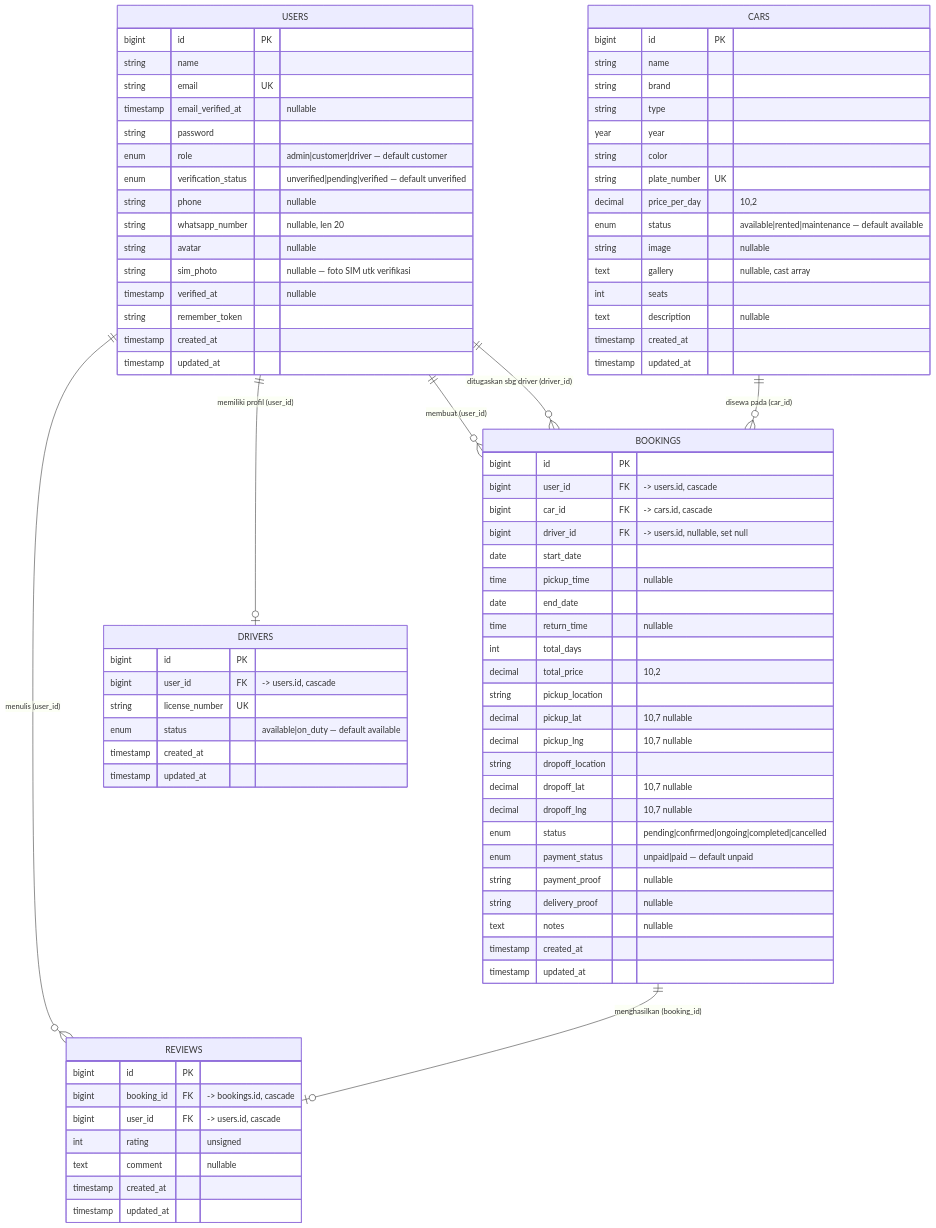
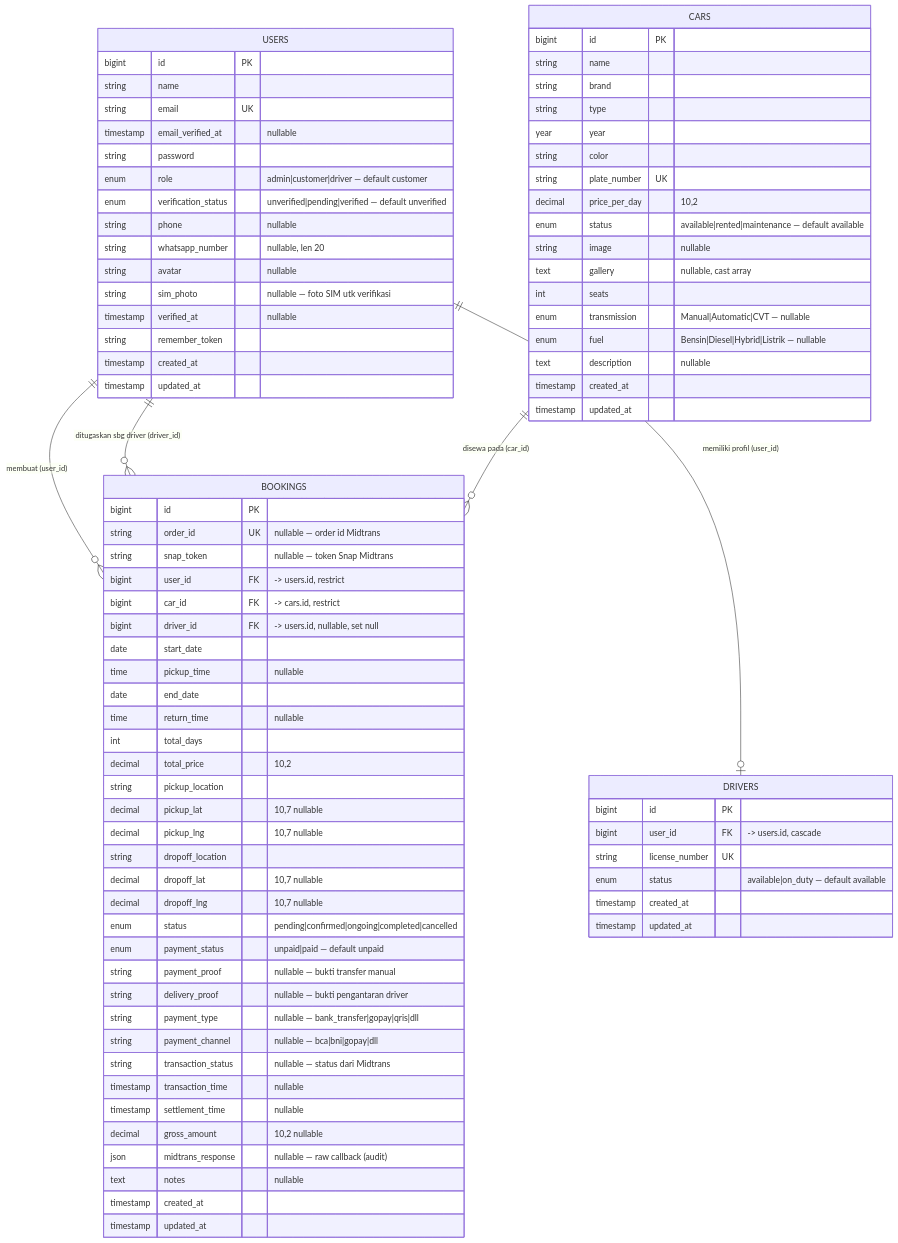
The diagram in docs/01-erd.md (FaridRah16/Prasetya-Rent-Car-), drawn with Mermaid before and after one commit. The commit also changed other lines of this file and 12 other files, not shown here.

````diff
--- a/docs/01-erd.md
+++ b/docs/01-erd.md
@@ -12,10 +15,8 @@
 erDiagram
     USERS ||--o{ BOOKINGS : "membuat (user_id)"
     USERS ||--o| DRIVERS : "memiliki profil (user_id)"
-    USERS ||--o{ REVIEWS : "menulis (user_id)"
     USERS ||--o{ BOOKINGS : "ditugaskan sbg driver (driver_id)"
     CARS  ||--o{ BOOKINGS : "disewa pada (car_id)"
-    BOOKINGS ||--o| REVIEWS : "menghasilkan (booking_id)"
 
     USERS {
         bigint id PK
@@ -48,6 +49,8 @@
         string image "nullable"
         text gallery "nullable, cast array"
         int seats
+        enum transmission "Manual|Automatic|CVT — nullable"
+        enum fuel "Bensin|Diesel|Hybrid|Listrik — nullable"
         text description "nullable"
         timestamp created_at
         timestamp updated_at
@@ -64,8 +67,10 @@
 
     BOOKINGS {
         bigint id PK
-        bigint user_id FK "-> users.id, cascade"
-        bigint car_id FK "-> cars.id, cascade"
+        string order_id UK "nullable — order id Midtrans"
+        string snap_token "nullable — token Snap Midtrans"
+        bigint user_id FK "-> users.id, restrict"
+        bigint car_id FK "-> cars.id, restrict"
         bigint driver_id FK "-> users.id, nullable, set null"
         date start_date
         time pickup_time "nullable"
@@ -81,20 +86,17 @@
         decimal dropoff_lng "10,7 nullable"
         enum status "pending|confirmed|ongoing|completed|cancelled"
         enum payment_status "unpaid|paid — default unpaid"
-        string payment_proof "nullable"
-        string delivery_proof "nullable"
+        string payment_proof "nullable — bukti transfer manual"
+        string delivery_proof "nullable — bukti pengantaran driver"
+        string payment_type "nullable — bank_transfer|gopay|qris|dll"
+        string payment_channel "nullable — bca|bni|gopay|dll"
+        string transaction_status "nullable — status dari Midtrans"
+        timestamp transaction_time "nullable"
+        timestamp settlement_time "nullable"
+        decimal gross_amount "10,2 nullable"
+        json midtrans_response "nullable — raw callback (audit)"
         text notes "nullable"
         timestamp created_at
         timestamp updated_at
     }
-
-    REVIEWS {
-        bigint id PK
-        bigint booking_id FK "-> bookings.id, cascade"
-        bigint user_id FK "-> users.id, cascade"
-        int rating "unsigned"
-        text comment "nullable"
-        timestamp created_at
-        timestamp updated_at
-    }
 ```
````
